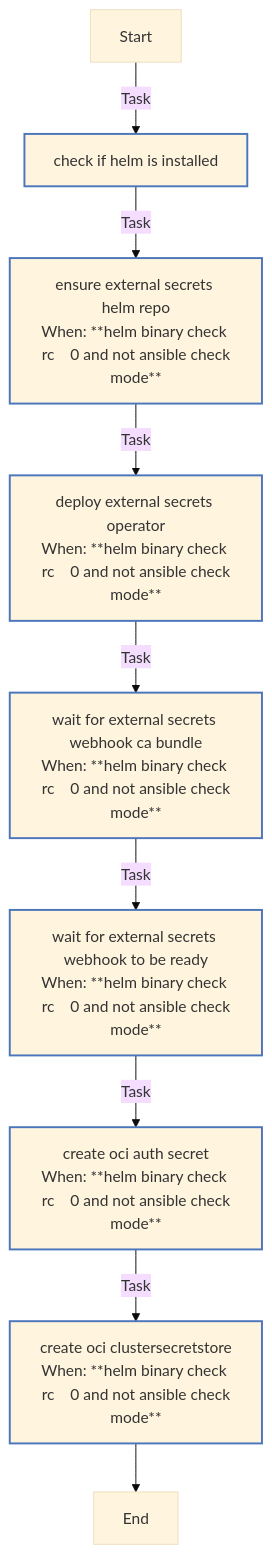
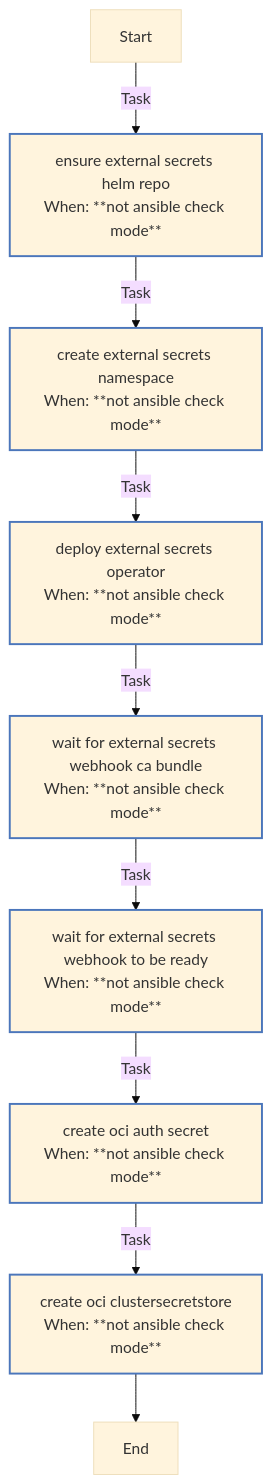
One commit to rou-cru/k3s-homelab changed the diagram in roles/external_secrets/README.md. Above: the diagram before and after it, drawn with Mermaid (base theme). The commit also changed other lines of this file and 277 other files, not shown here.

````diff
--- a/roles/external_secrets/README.md
+++ b/roles/external_secrets/README.md
@@ -68,21 +131,21 @@
 ```mermaid
 flowchart TD
 Start
 classDef block stroke:#3498db,stroke-width:2px;
 classDef task stroke:#4b76bb,stroke-width:2px;
 classDef includeTasks stroke:#16a085,stroke-width:2px;
 classDef importTasks stroke:#34495e,stroke-width:2px;
 classDef includeRole stroke:#2980b9,stroke-width:2px;
 classDef importRole stroke:#699ba7,stroke-width:2px;
 classDef includeVars stroke:#8e44ad,stroke-width:2px;
 classDef rescue stroke:#665352,stroke-width:2px;
 
-  Start-->|Task| Check_if_Helm_is_installed0[check if helm is installed]:::task
-  Check_if_Helm_is_installed0-->|Task| Ensure_External_Secrets_Helm_repo1[ensure external secrets helm repo<br>When: **helm binary check rc    0 and not ansible check<br>mode**]:::task
-  Ensure_External_Secrets_Helm_repo1-->|Task| Deploy_External_Secrets_Operator2[deploy external secrets operator<br>When: **helm binary check rc    0 and not ansible check<br>mode**]:::task
-  Deploy_External_Secrets_Operator2-->|Task| Wait_for_external_secrets_webhook_CA_bundle3[wait for external secrets webhook ca bundle<br>When: **helm binary check rc    0 and not ansible check<br>mode**]:::task
-  Wait_for_external_secrets_webhook_CA_bundle3-->|Task| Wait_for_external_secrets_webhook_to_be_ready4[wait for external secrets webhook to be ready<br>When: **helm binary check rc    0 and not ansible check<br>mode**]:::task
-  Wait_for_external_secrets_webhook_to_be_ready4-->|Task| Create_OCI_Auth_Secret5[create oci auth secret<br>When: **helm binary check rc    0 and not ansible check<br>mode**]:::task
-  Create_OCI_Auth_Secret5-->|Task| Create_OCI_ClusterSecretStore6[create oci clustersecretstore<br>When: **helm binary check rc    0 and not ansible check<br>mode**]:::task
+  Start-->|Task| Ensure_External_Secrets_Helm_repo0[ensure external secrets helm repo<br>When: **not ansible check mode**]:::task
+  Ensure_External_Secrets_Helm_repo0-->|Task| Create_external_secrets_namespace1[create external secrets namespace<br>When: **not ansible check mode**]:::task
+  Create_external_secrets_namespace1-->|Task| Deploy_External_Secrets_Operator2[deploy external secrets operator<br>When: **not ansible check mode**]:::task
+  Deploy_External_Secrets_Operator2-->|Task| Wait_for_external_secrets_webhook_CA_bundle3[wait for external secrets webhook ca bundle<br>When: **not ansible check mode**]:::task
+  Wait_for_external_secrets_webhook_CA_bundle3-->|Task| Wait_for_external_secrets_webhook_to_be_ready4[wait for external secrets webhook to be ready<br>When: **not ansible check mode**]:::task
+  Wait_for_external_secrets_webhook_to_be_ready4-->|Task| Create_OCI_Auth_Secret5[create oci auth secret<br>When: **not ansible check mode**]:::task
+  Create_OCI_Auth_Secret5-->|Task| Create_OCI_ClusterSecretStore6[create oci clustersecretstore<br>When: **not ansible check mode**]:::task
   Create_OCI_ClusterSecretStore6-->End
 ```
````
